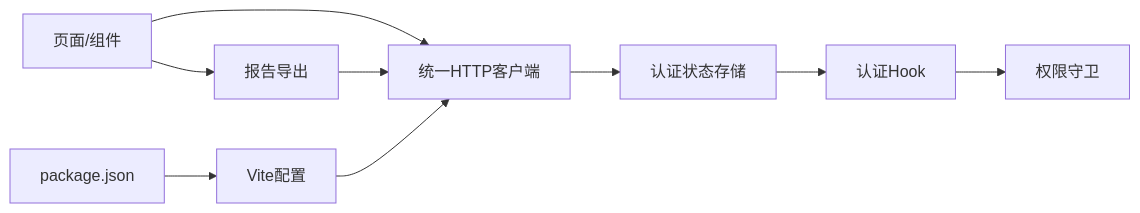
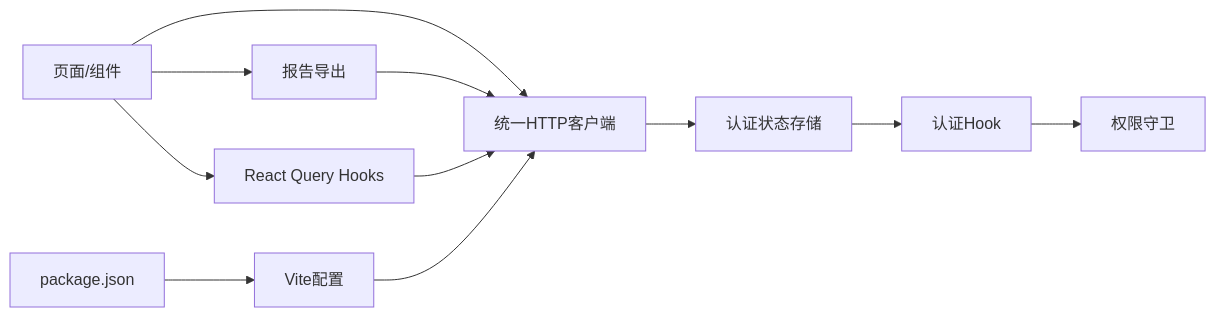
One commit to Damao997/newproject changed the seventh of 7 diagrams in .qoder/repowiki/zh/content/API集成层/API集成层.md. Above: the diagram before and after it, drawn with Mermaid. The commit also changed other lines of this file and 55 other files, not shown here.

````diff
--- a/.qoder/repowiki/zh/content/API集成层/API集成层.md
+++ b/.qoder/repowiki/zh/content/API集成层/API集成层.md
@@ -369,11 +432,13 @@
 ```mermaid
 graph LR
 Pages["页面/组件"] --> Api["统一HTTP客户端"]
 Api --> AuthStore["认证状态存储"]
 AuthStore --> UseAuth["认证Hook"]
 UseAuth --> Guard["权限守卫"]
 Pages --> Export["报告导出"]
 Export --> Api
+Pages --> Queries["React Query Hooks"]
+Queries --> Api
 Vite["Vite配置"] --> Api
 Pkg["package.json"] --> Vite
 ```
````
